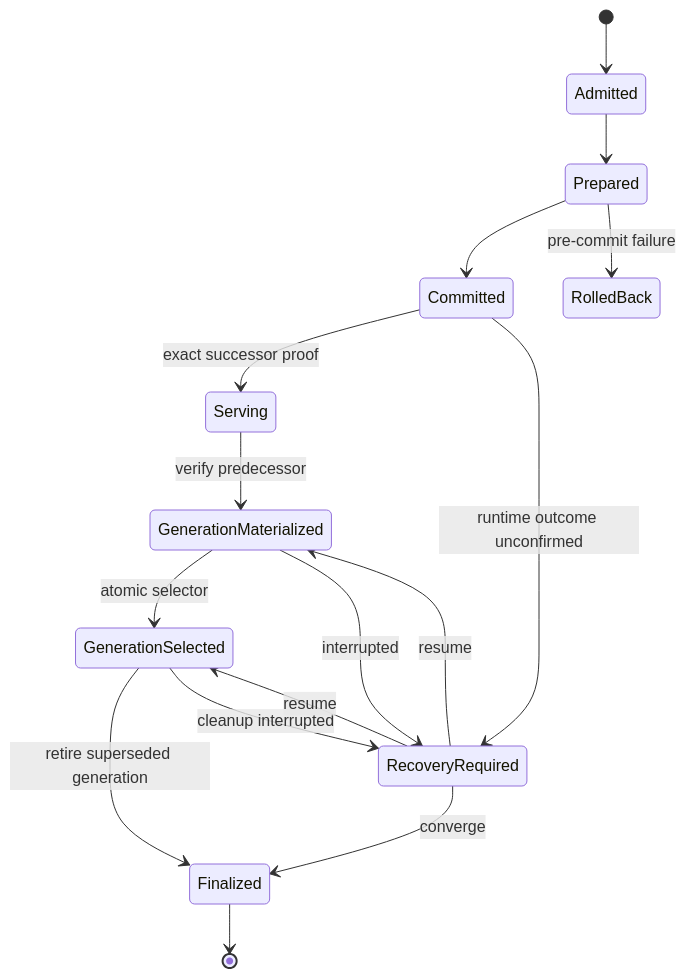
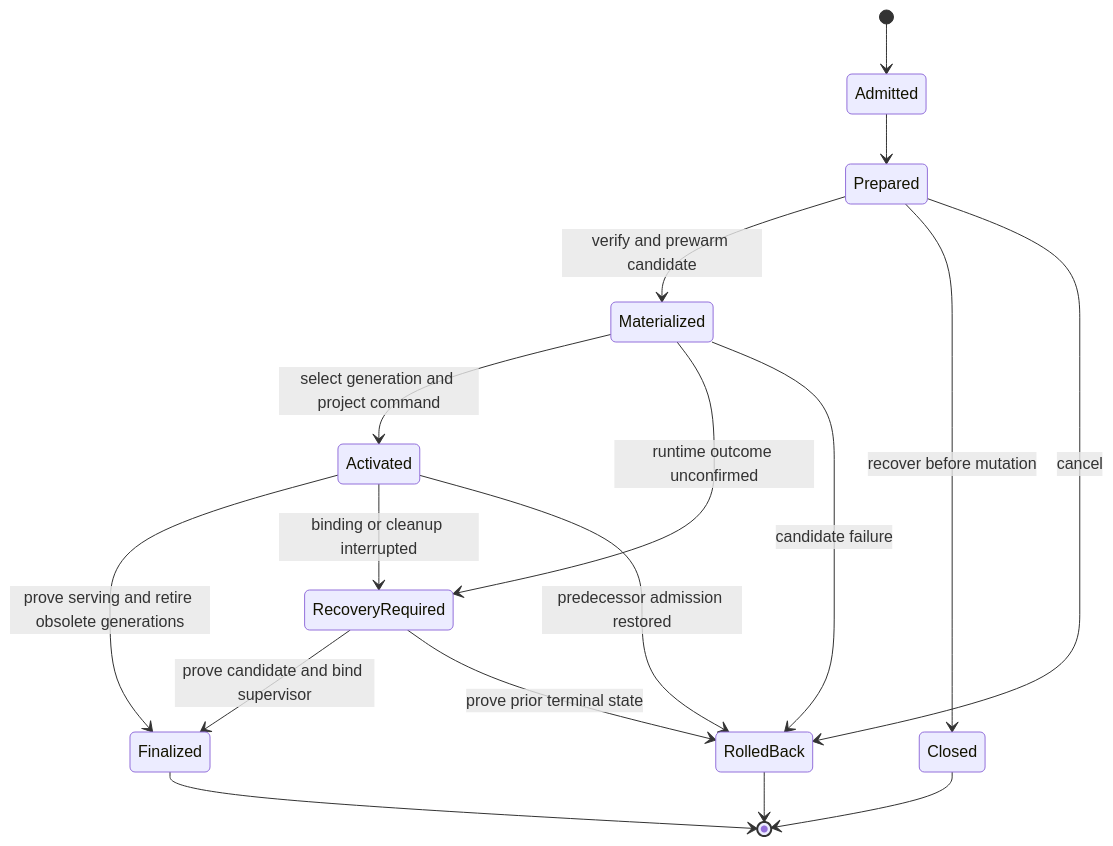
One commit to HengYangDS/codex-responses-proxy changed the fifth of 5 diagrams in docs/architecture/authority-and-runtime-boundary.md. Above: the diagram before and after it, drawn with Mermaid. The commit also changed other lines of this file and 3 other files, not shown here.

````diff
--- a/docs/architecture/authority-and-runtime-boundary.md
+++ b/docs/architecture/authority-and-runtime-boundary.md
@@ -165,18 +165,19 @@
 ```mermaid
 stateDiagram-v2
     [*] --> Admitted
     Admitted --> Prepared
-    Prepared --> Committed
-    Committed --> Serving: exact successor proof
-    Serving --> GenerationMaterialized: verify predecessor
-    GenerationMaterialized --> GenerationSelected: atomic selector
-    GenerationSelected --> Finalized: retire superseded generation
-    Committed --> RecoveryRequired: runtime outcome unconfirmed
-    GenerationMaterialized --> RecoveryRequired: interrupted
-    GenerationSelected --> RecoveryRequired: cleanup interrupted
-    RecoveryRequired --> GenerationMaterialized: resume
-    RecoveryRequired --> GenerationSelected: resume
-    RecoveryRequired --> Finalized: converge
-    Prepared --> RolledBack: pre-commit failure
+    Prepared --> Materialized: verify and prewarm candidate
+    Materialized --> Activated: select generation and project command
+    Activated --> Finalized: prove serving and retire obsolete generations
+    Materialized --> RecoveryRequired: runtime outcome unconfirmed
+    Activated --> RecoveryRequired: binding or cleanup interrupted
+    RecoveryRequired --> Finalized: prove candidate and bind supervisor
+    RecoveryRequired --> RolledBack: prove prior terminal state
+    Prepared --> Closed: recover before mutation
+    Prepared --> RolledBack: cancel
+    Materialized --> RolledBack: candidate failure
+    Activated --> RolledBack: predecessor admission restored
     Finalized --> [*]
+    RolledBack --> [*]
+    Closed --> [*]
 ```
````
